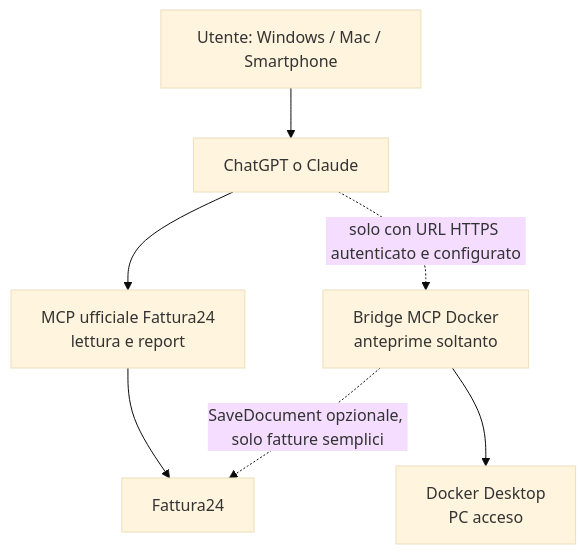
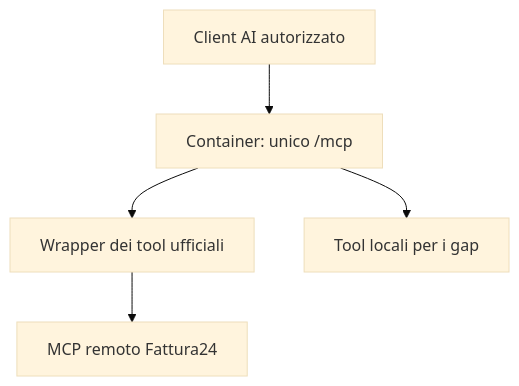
The diagram in README.md (gzileni/https-www.fattura24.com-mcp-perche-usarlo-), drawn with Mermaid (base theme) before and after one commit. The commit also changed other lines of this file and 16 other files, not shown here.

Commit message:
feat: federate official Fattura24 OAuth tools and local extensions on one MCP endpoint

````diff
--- a/README.md
+++ b/README.md
@@ -57,9 +78,7 @@
 ```mermaid
 flowchart TD
-    U["Utente: Windows / Mac / Smartphone"] --> AI["ChatGPT o Claude"]
-    AI --> O["MCP ufficiale Fattura24\nlettura e report"]
-    AI -. "solo con URL HTTPS autenticato e configurato" .-> B["Bridge MCP Docker\nanteprime soltanto"]
-    B --> D["Docker Desktop\nPC acceso"]
-    O --> F["Fattura24"]
-    B -. "SaveDocument opzionale, solo fatture semplici" .-> F
+    C["Client AI autorizzato"] --> M["Container: unico /mcp"]
+    M --> W["Wrapper dei tool ufficiali"]
+    M --> L["Tool locali per i gap"]
+    W --> F["MCP remoto Fattura24"]
 ```
````
